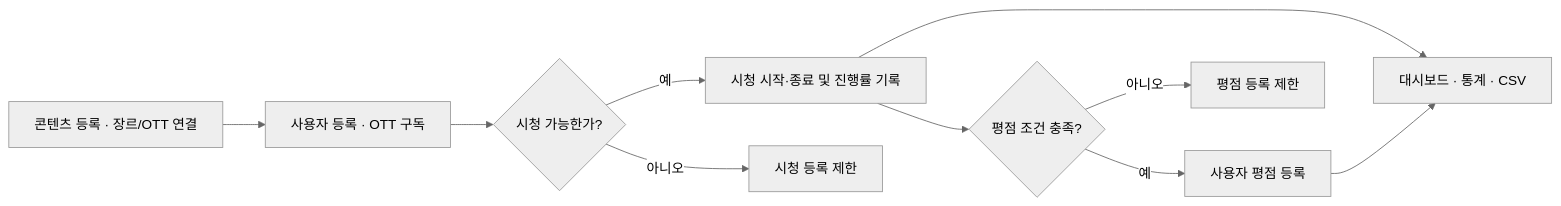
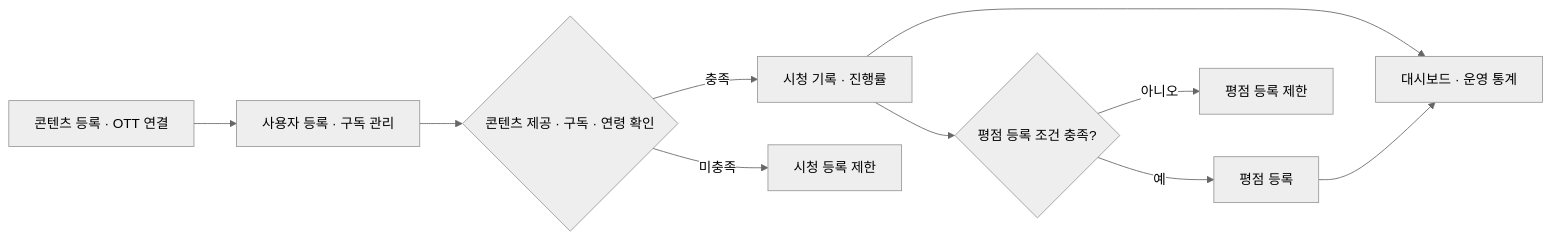
Before and after one commit to SkyBluekor/CineCode-Project: the first of 2 diagrams in README.md, drawn with Mermaid (neutral theme). The commit also changed other lines of this file, not shown here.

Commit message:
docs: restructure CineCode README around product features, architecture, and verified integration cases

````diff
--- a/README.md
+++ b/README.md
@@ -18,12 +52,12 @@
 ```mermaid
 flowchart LR
-    A["콘텐츠 등록 · 장르/OTT 연결"] --> B["사용자 등록 · OTT 구독"]
-    B --> C{"시청 가능한가?"}
-    C -->|"예"| D["시청 시작·종료 및 진행률 기록"]
-    C -->|"아니오"| R["시청 등록 제한"]
-    D --> E{"평점 조건 충족?"}
-    E -->|"예"| F["사용자 평점 등록"]
-    E -->|"아니오"| N["평점 등록 제한"]
-    D --> G["대시보드 · 통계 · CSV"]
+    A["콘텐츠 등록 · OTT 연결"] --> B["사용자 등록 · 구독 관리"]
+    B --> C{"콘텐츠 제공 · 구독 · 연령 확인"}
+    C -->|"충족"| D["시청 기록 · 진행률"]
+    C -->|"미충족"| X["시청 등록 제한"]
+    D --> E{"평점 등록 조건 충족?"}
+    E -->|"예"| F["평점 등록"]
+    E -->|"아니오"| Y["평점 등록 제한"]
+    D --> G["대시보드 · 운영 통계"]
     F --> G
 ```
````
